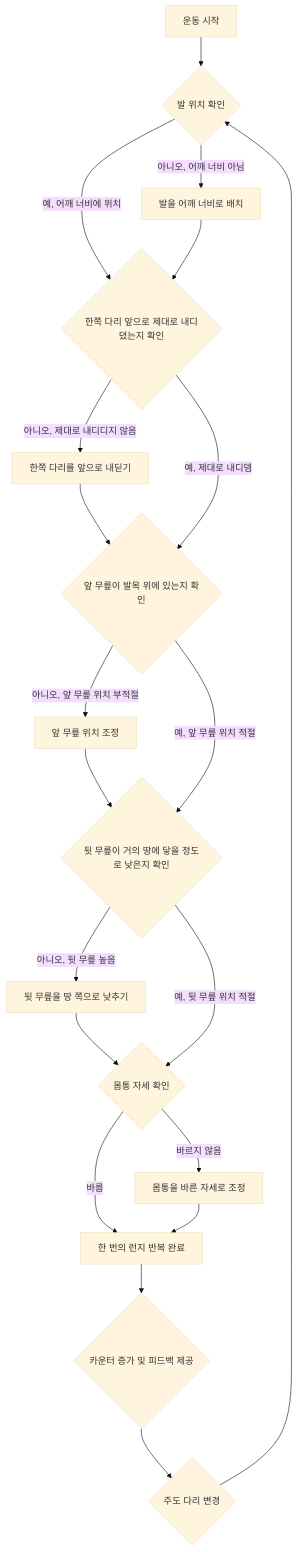
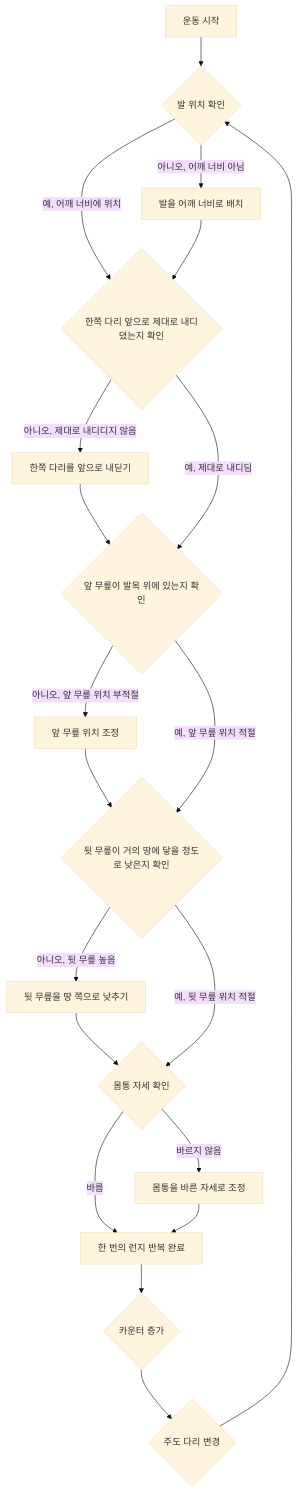
Before and after one commit to thzthix/grad: the second of 6 diagrams in README.md, drawn with Mermaid (base theme).

````diff
--- a/README.md
+++ b/README.md
@@ -21,22 +21,22 @@
 ```mermaid
 flowchart TD
     A[운동 시작] --> B{발 위치 확인}
     B -->|아니오, 어깨 너비 아님| I[발을 어깨 너비로 배치]
     B -->|예, 어깨 너비에 위치| C{한쪽 다리 앞으로 제대로 내디뎠는지 확인}
     I --> C
     C -->|아니오, 제대로 내디디지 않음| J[한쪽 다리를 앞으로 내딛기]
     J --> D
-    C -->|예, 제대로 내디뎀| D{앞 무릎이 발목 위에 있는지 확인}
+    C -->|예, 제대로 내디딤| D{앞 무릎이 발목 위에 있는지 확인}
     D -->|아니오, 앞 무릎 위치 부적절| K[앞 무릎 위치 조정]
     K --> E
     D -->|예, 앞 무릎 위치 적절| E{뒷 무릎이 거의 땅에 닿을 정도로 낮은지 확인}
     E -->|아니오, 뒷 무릎 높음| L[뒷 무릎을 땅 쪽으로 낮추기]
     L --> F
     E -->|예, 뒷 무릎 위치 적절| F{몸통 자세 확인}
     F -->|바르지 않음| M[몸통을 바른 자세로 조정]
     F -->|바름| G[한 번의 런지 반복 완료]
     M --> G
-    G --> H{카운터 증가 및 피드백 제공}
+    G --> H{카운터 증가}
     H --> N{주도 다리 변경}
     N --> B
 ```
````
